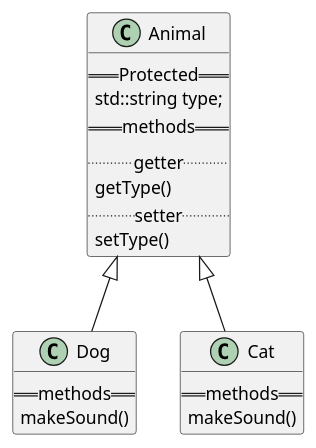
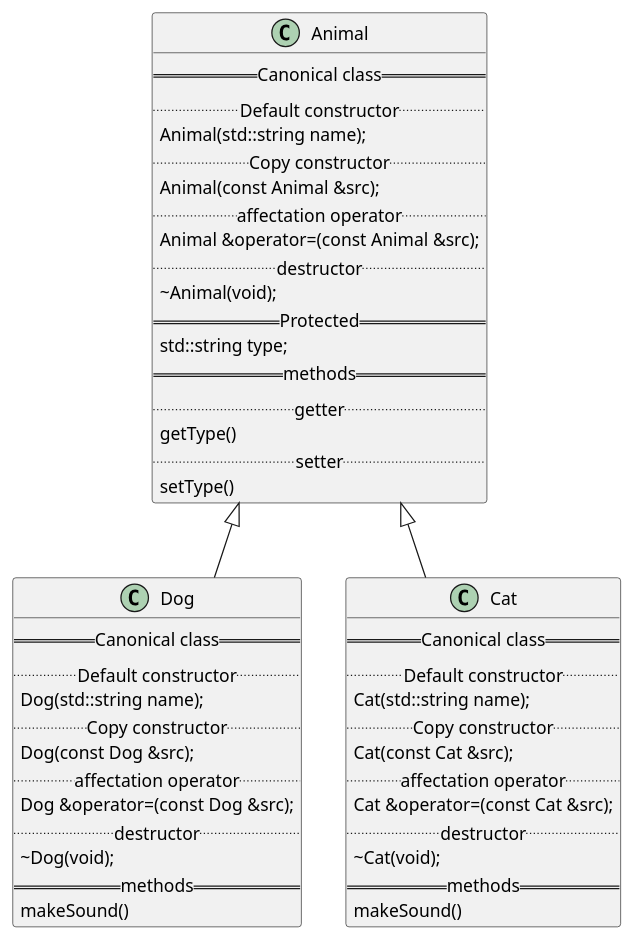
Before and after one commit to t-h2o/cpp: the diagram in 04/assets/README.adoc, drawn with PlantUML. The commit also changed 1 other file, not shown here.

Commit message:
canonical

```diff
--- a/04/assets/README.adoc
+++ b/04/assets/README.adoc
@@ -7,31 +7,58 @@
 [plantuml, target=00, format=svg, width=50%]
 ....
 @startuml
 
 skinparam defaultFontName JetBrains Mono ExtraBold
 
 class Animal {
+== Canonical class ==
+.. Default constructor ..
+Animal(std::string name);
+.. Copy constructor ..
+Animal(const Animal &src);
+.. affectation operator ..
+Animal &operator=(const Animal &src);
+.. destructor ..
+\~Animal(void);
 == Protected ==
   std::string type;
 == methods ==
 .. getter ..
   getType()
 .. setter ..
   setType()
 }
 
 
 class Dog {
+== Canonical class ==
+.. Default constructor ..
+Dog(std::string name);
+.. Copy constructor ..
+Dog(const Dog &src);
+.. affectation operator ..
+Dog &operator=(const Dog &src);
+.. destructor ..
+\~Dog(void);
 == methods ==
   makeSound()
 }
 
 class Cat {
+== Canonical class ==
+.. Default constructor ..
+Cat(std::string name);
+.. Copy constructor ..
+Cat(const Cat &src);
+.. affectation operator ..
+Cat &operator=(const Cat &src);
+.. destructor ..
+\~Cat(void);
 == methods ==
   makeSound()
 }
 Animal <|-- Dog
 Animal <|-- Cat
 
 @enduml
 ....
```
